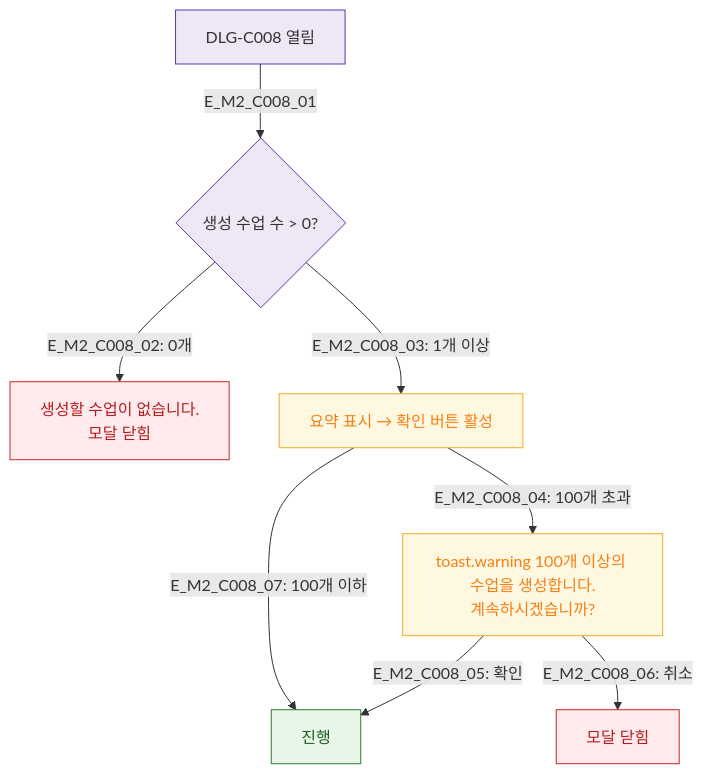
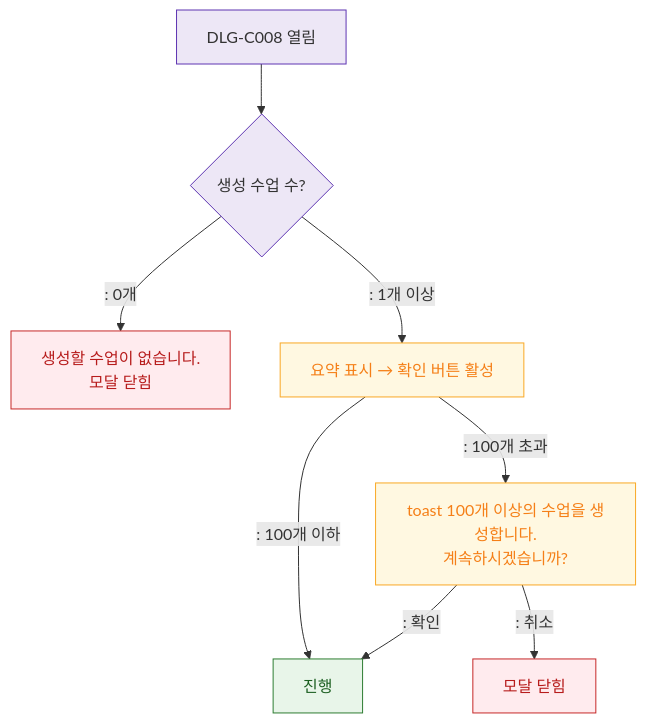
One commit to dev-spogym/admin-pando changed the diagram in docs/다이어그램/D04_수업관리/DLG/DLG-C008_일괄생성확인/M2_필드검증.md. Above: the diagram before and after it, drawn with Mermaid. The commit also changed other lines of this file and 1660 other files, not shown here.

First line of the commit message:
다이어그램: 기획자/클라이언트 납품본으로 정리

````diff
--- a/docs/다이어그램/D04_수업관리/DLG/DLG-C008_일괄생성확인/M2_필드검증.md
+++ b/docs/다이어그램/D04_수업관리/DLG/DLG-C008_일괄생성확인/M2_필드검증.md
@@ -21,20 +19,20 @@
 ```mermaid
 flowchart TD
-  Open[DLG-C008 열림] -->|E_M2_C008_01| CheckCount{생성 수업 수 > 0?}
-  CheckCount -->|"E_M2_C008_02: 0개"| E_Count[생성할 수업이 없습니다.\n모달 닫힘]
-  CheckCount -->|"E_M2_C008_03: 1개 이상"| ShowSummary[요약 표시 → 확인 버튼 활성]
+  Open[DLG-C008 열림] --> CheckCount{생성 수업 수?}
+  CheckCount -->|": 0개"|E_Count[생성할 수업이 없습니다.\n모달 닫힘]
+  CheckCount -->|": 1개 이상"|ShowSummary[요약 표시 → 확인 버튼 활성]
 
-  ShowSummary -->|"E_M2_C008_04: 100개 초과"| WarnLarge[toast.warning 100개 이상의 수업을 생성합니다.\n계속하시겠습니까?]
-  WarnLarge -->|"E_M2_C008_05: 확인"| Proceed[진행]
-  WarnLarge -->|"E_M2_C008_06: 취소"| CloseModal[모달 닫힘]
-  ShowSummary -->|"E_M2_C008_07: 100개 이하"| Proceed
+  ShowSummary -->|": 100개 초과"|WarnLarge[toast 100개 이상의 수업을 생성합니다.\n계속하시겠습니까?]
+  WarnLarge -->|": 확인"|Proceed[진행]
+  WarnLarge -->|": 취소"|CloseModal[모달 닫힘]
+  ShowSummary -->|": 100개 이하"|Proceed
 
   classDef system fill:#EDE7F6,stroke:#5E35B2
   classDef error fill:#FFEBEE,stroke:#C62828,color:#B71C1C
   classDef success fill:#E8F5E9,stroke:#2E7D32,color:#1B5E20
   classDef warning fill:#FFF8E1,stroke:#F9A825,color:#F57F17
   class Open,CheckCount system
   class E_Count,CloseModal error
   class ShowSummary,WarnLarge warning
   class Proceed success
 ```
````
